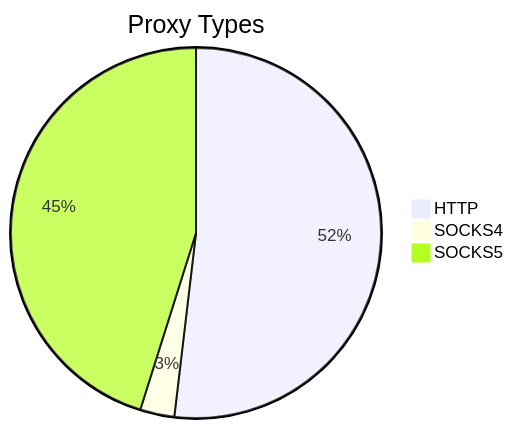
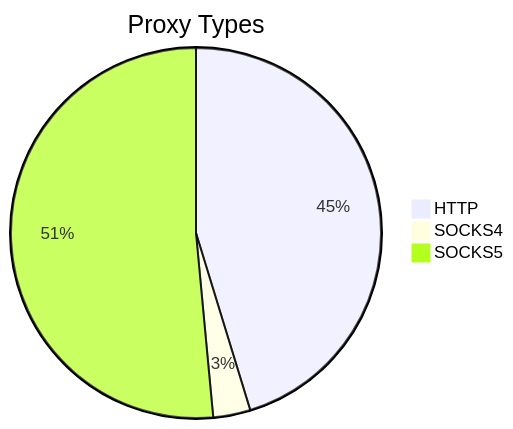
One commit to stormsia/proxy-list changed the first of 2 diagrams in README.md. Above: the diagram before and after it, drawn with Mermaid. The commit also changed other lines of this file, not shown here.

````diff
--- a/README.md
+++ b/README.md
@@ -21,6 +21,6 @@
 ```mermaid
 pie title Proxy Types
-    "HTTP" : 416
-    "SOCKS4" : 24
-    "SOCKS5" : 362
+    "HTTP" : 488
+    "SOCKS4" : 35
+    "SOCKS5" : 555
 ```
````
